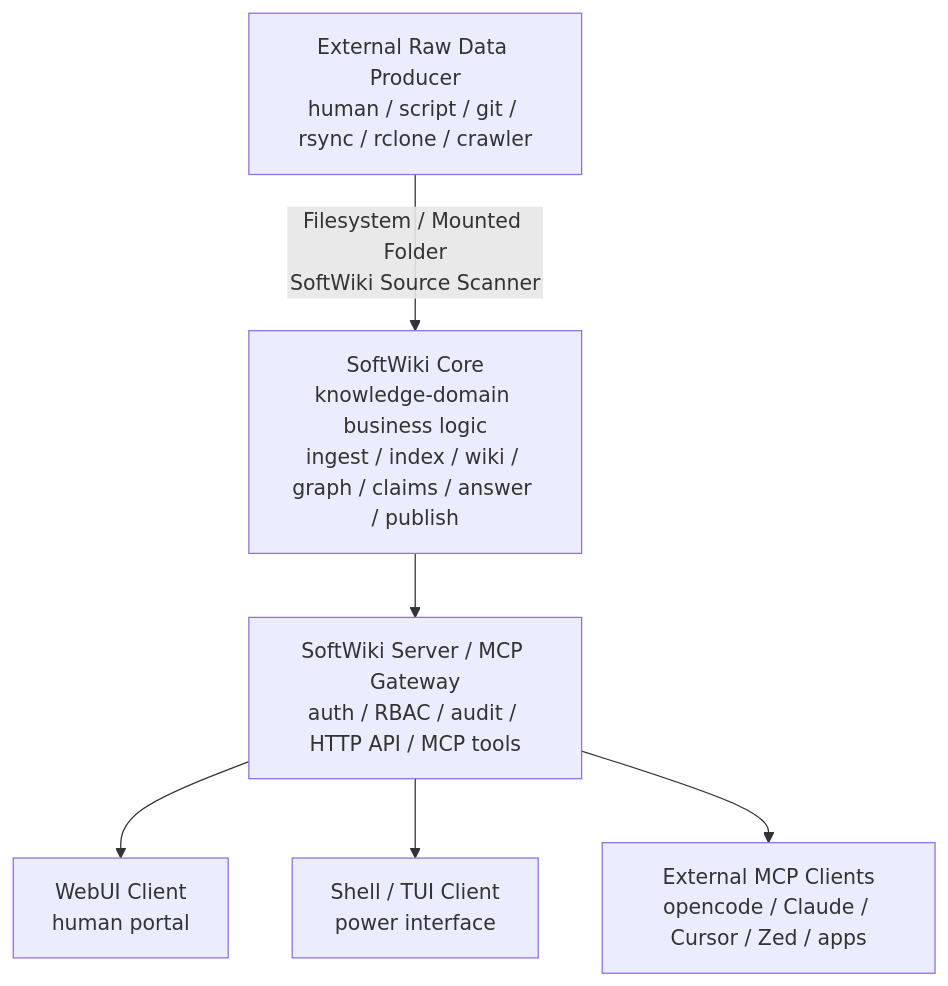
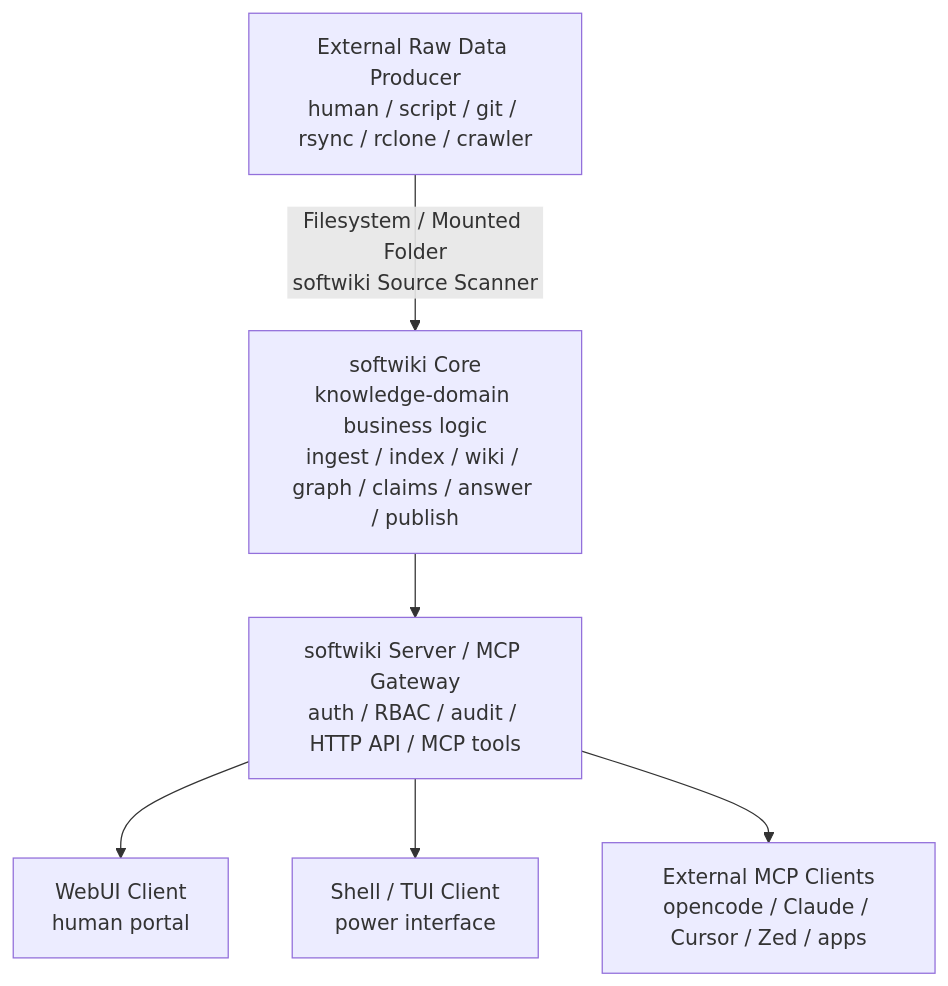
One commit to fayememe/softwiki changed the diagram in docs/06-archive/application-system.md. Above: the diagram before and after it, drawn with Mermaid. The commit also changed other lines of this file and 20 other files, not shown here.

First line of the commit message:
Docs: English translation, data-flow diagram in README, multi-agent section, lowercase softwiki

````diff
--- a/docs/06-archive/application-system.md
+++ b/docs/06-archive/application-system.md
@@ -129,8 +120,8 @@
 ```mermaid
 graph TD
-    Producer["External Raw Data Producer<br/>human / script / git / rsync / rclone / crawler"] -->|Filesystem / Mounted Folder<br/>SoftWiki Source Scanner| Core["SoftWiki Core<br/>knowledge-domain business logic<br/>ingest / index / wiki / graph / claims / answer / publish"]
-    Core --> Gateway["SoftWiki Server / MCP Gateway<br/>auth / RBAC / audit / HTTP API / MCP tools"]
+    Producer["External Raw Data Producer<br/>human / script / git / rsync / rclone / crawler"] -->|Filesystem / Mounted Folder<br/>softwiki Source Scanner| Core["softwiki Core<br/>knowledge-domain business logic<br/>ingest / index / wiki / graph / claims / answer / publish"]
+    Core --> Gateway["softwiki Server / MCP Gateway<br/>auth / RBAC / audit / HTTP API / MCP tools"]
     Gateway --> WebUI["WebUI Client<br/>human portal"]
     Gateway --> Shell["Shell / TUI Client<br/>power interface"]
     Gateway --> ExtClients["External MCP Clients<br/>opencode / Claude / Cursor / Zed / apps"]
 ```
````
